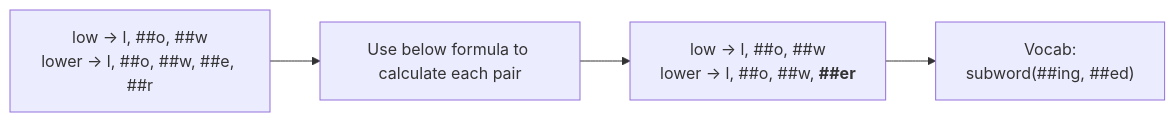
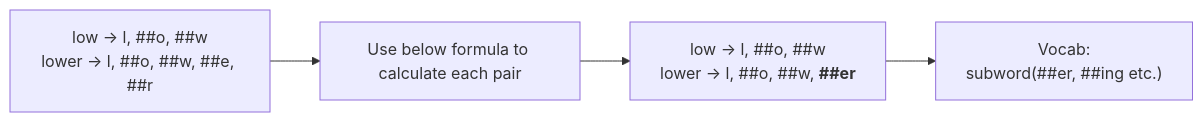
One commit to ChrisZhu2050/chriszhu2050.github.io changed the fourth of 4 diagrams in README.md. Above: the diagram before and after it, drawn with Mermaid. The commit also changed other lines of this file, not shown here.

````diff
--- a/README.md
+++ b/README.md
@@ -72,8 +72,8 @@
         ```mermaid
             graph LR
                 A["`low → l, ##o, ##w
                 lower → l, ##o, ##w, ##e, ##r`"] --> B["Use below formula to calculate each pair"] --> C["`low → l, ##o, ##w
                 lower → l, ##o, ##w, **##er**`"] --> D["`Vocab:
-                subword(##ing, ##ed)
+                subword(##er, ##ing etc.)
                 `"]
           ```
````
